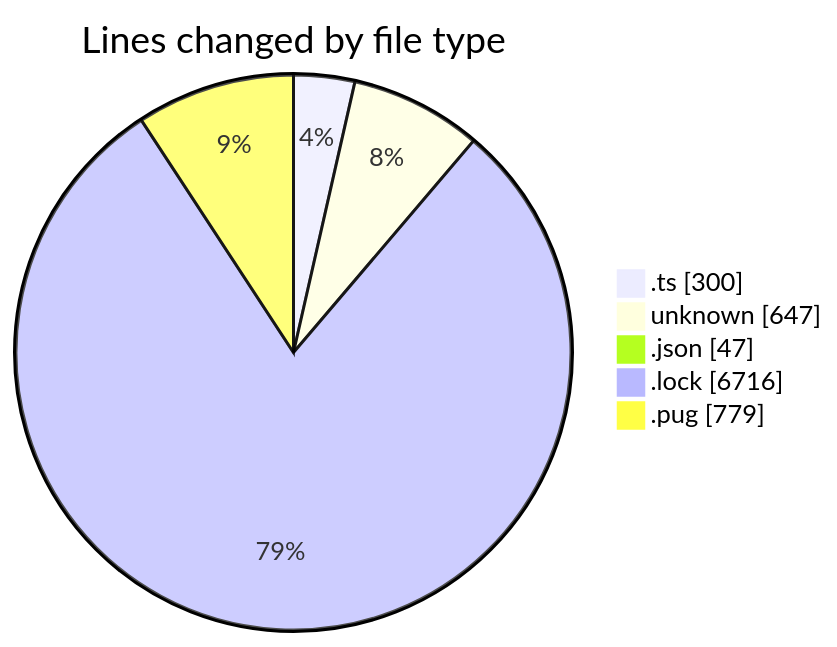
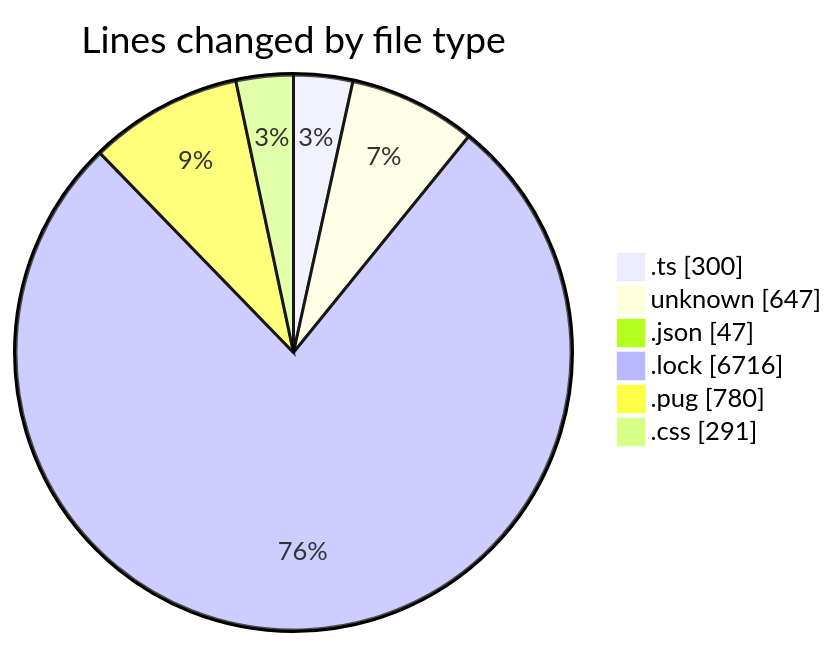
Before and after one commit to momahboobian/code-tracking: the first of 2 diagrams in 2026-05-22/cda/README.md, drawn with Mermaid. The commit also changed other lines of this file and 1 other file, not shown here.

````diff
--- a/2026-05-22/cda/README.md
+++ b/2026-05-22/cda/README.md
@@ -29,9 +30,10 @@
 ```mermaid
 pie showData
 title Lines changed by file type
 ".ts" : 300
 "unknown" : 647
 ".json" : 47
 ".lock" : 6716
-".pug" : 779
+".pug" : 780
+".css" : 291
 ```
````
